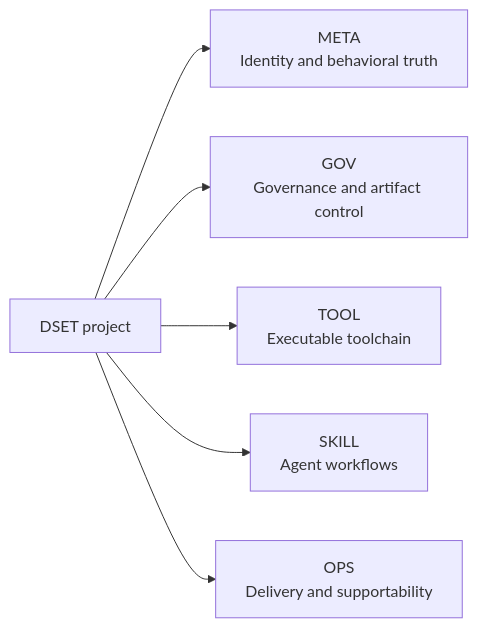
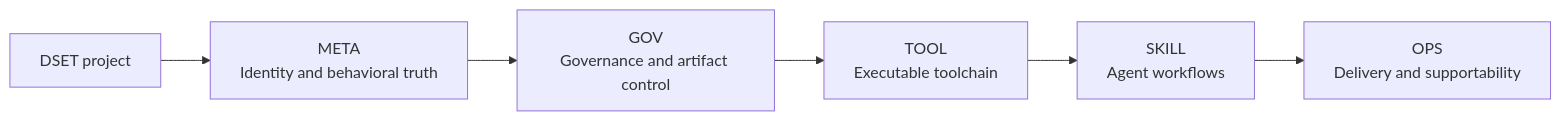
One commit to anatoly-m-maslennikov/dset-specs-loops-framework changed the first of 2 diagrams in README.md. Above: the diagram before and after it, drawn with Mermaid. The commit also changed other lines of this file and 452 other files, not shown here.

````diff
--- a/README.md
+++ b/README.md
@@ -35,15 +35,15 @@
 ```mermaid
 flowchart LR
     P["DSET project"]
     META["META<br/>Identity and behavioral truth"]
     GOV["GOV<br/>Governance and artifact control"]
     TOOL["TOOL<br/>Executable toolchain"]
     SKILL["SKILL<br/>Agent workflows"]
     OPS["OPS<br/>Delivery and supportability"]
 
     P --> META
-    P --> GOV
-    P --> TOOL
-    P --> SKILL
-    P --> OPS
+    META --> GOV
+    GOV --> TOOL
+    TOOL --> SKILL
+    SKILL --> OPS
 ```
````
